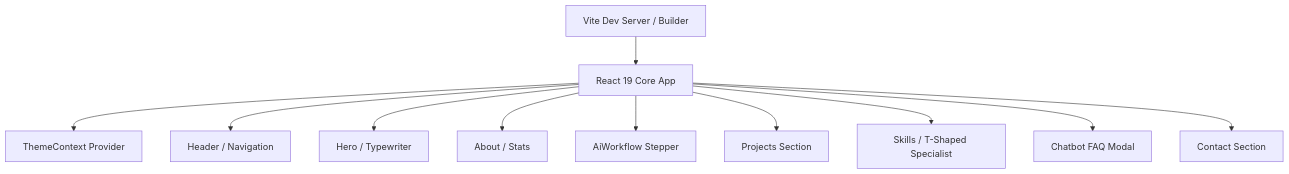
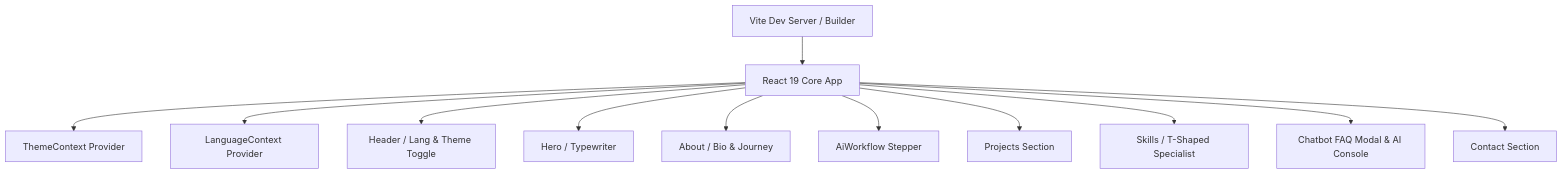
One commit to YusupovWebArt/Portfolio changed the diagram in ARCHITECTURE.md. Above: the diagram before and after it, drawn with Mermaid. The commit also changed other lines of this file and 88 other files, not shown here.

Commit message:
feat: complete Ukrainian localization, header spacing and chatbot translations

````diff
--- a/ARCHITECTURE.md
+++ b/ARCHITECTURE.md
@@ -11,13 +11,14 @@
 ```mermaid
 graph TD
     A[Vite Dev Server / Builder] --> B[React 19 Core App]
     B --> C[ThemeContext Provider]
-    B --> D[Header / Navigation]
+    B --> C2[LanguageContext Provider]
+    B --> D[Header / Lang & Theme Toggle]
     B --> E[Hero / Typewriter]
-    B --> F[About / Stats]
+    B --> F[About / Bio & Journey]
     B --> G[AiWorkflow Stepper]
     B --> H[Projects Section]
     B --> I[Skills / T-Shaped Specialist]
-    B --> J[Chatbot FAQ Modal]
+    B --> J[Chatbot FAQ Modal & AI Console]
     B --> K[Contact Section]
 ```
````
